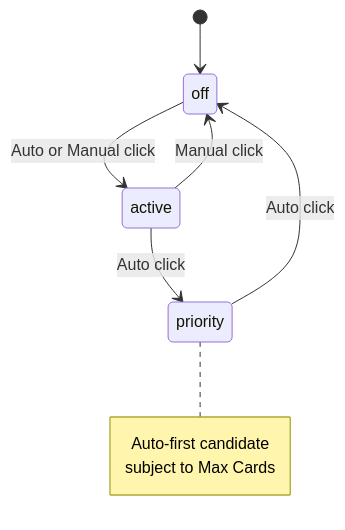
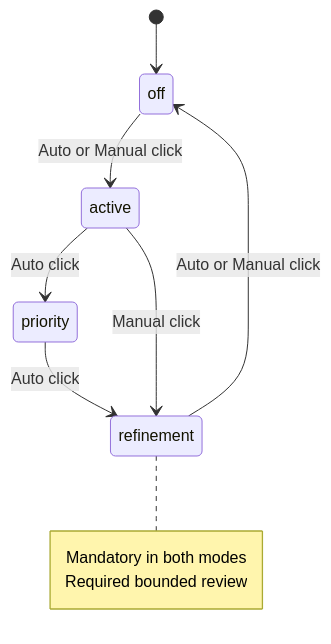
One commit to MentallyQuill/Recursion changed the second of 5 diagrams in docs/technical/CARD_DECK_AND_HAND.md. Above: the diagram before and after it, drawn with Mermaid. The commit also changed other lines of this file and 8 other files, not shown here.

Commit message:
feat(cards): add refinement participation state

````diff
--- a/docs/technical/CARD_DECK_AND_HAND.md
+++ b/docs/technical/CARD_DECK_AND_HAND.md
@@ -29,12 +31,13 @@
 ```mermaid
 stateDiagram-v2
     [*] --> off
     off --> active: Auto or Manual click
     active --> priority: Auto click
-    priority --> off: Auto click
-    active --> off: Manual click
-    note right of priority
-      Auto-first candidate
-      subject to Max Cards
+    priority --> refinement: Auto click
+    active --> refinement: Manual click
+    refinement --> off: Auto or Manual click
+    note right of refinement
+      Mandatory in both modes
+      Required bounded review
     end note
 ```
````
